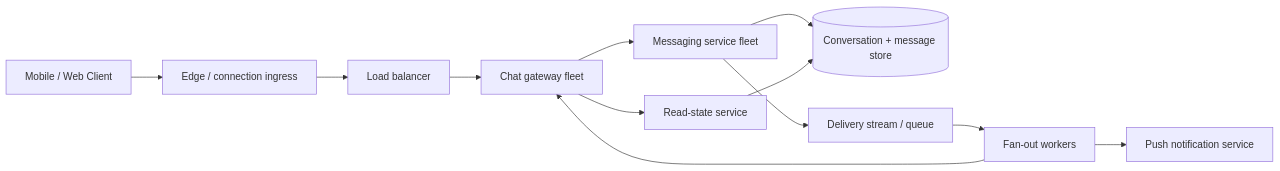
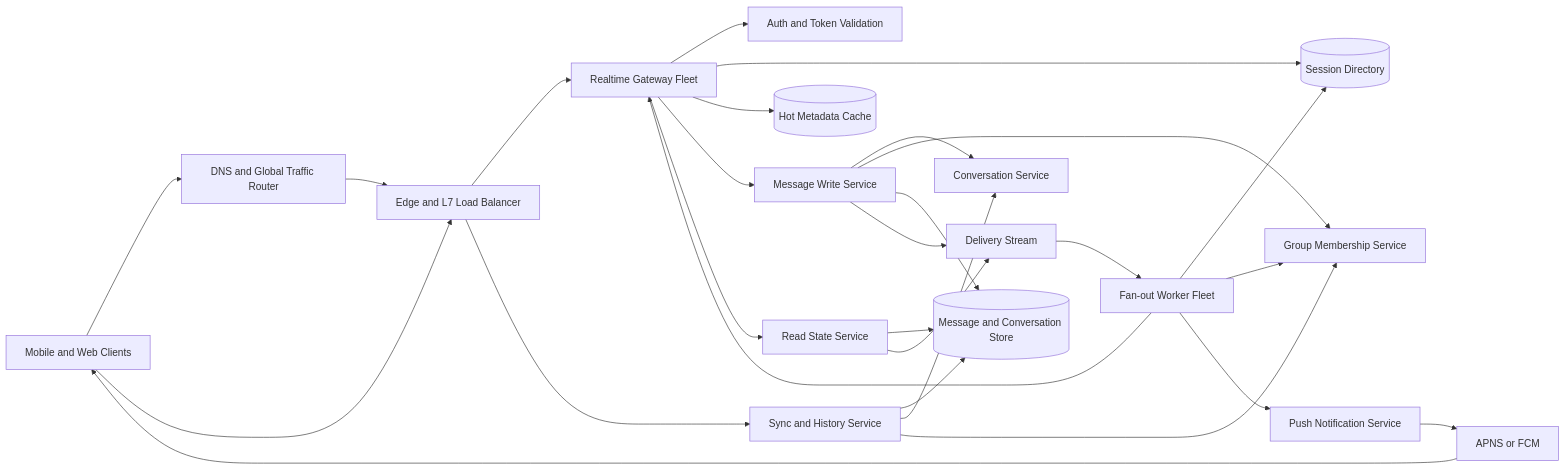
One commit to hitman-abhi/system-design-guide changed the fourth of 8 diagrams in Case-Studies/whatsapp-messenger/whatsAppMessenger.md. Above: the diagram before and after it, drawn with Mermaid. The commit also changed other lines of this file, not shown here.

````diff
--- a/Case-Studies/whatsapp-messenger/whatsAppMessenger.md
+++ b/Case-Studies/whatsapp-messenger/whatsAppMessenger.md
@@ -380,14 +476,53 @@
 ```mermaid
 flowchart LR
-    U[Mobile / Web Client] --> EDGE[Edge / connection ingress]
-    EDGE --> LB[Load balancer]
-    LB --> GW[Chat gateway fleet]
-    GW --> MSG[Messaging service fleet]
-    MSG --> STORE[(Conversation + message store)]
-    MSG --> STREAM[Delivery stream / queue]
-    STREAM --> FAN[Fan-out workers]
+    C[Mobile and Web Clients]
+    DNS[DNS and Global Traffic Router]
+    EDGE[Edge and L7 Load Balancer]
+    GW[Realtime Gateway Fleet]
+    AUTH[Auth and Token Validation]
+    SESS[(Session Directory)]
+    CACHE[(Hot Metadata Cache)]
+    CONV[Conversation Service]
+    MSG[Message Write Service]
+    GROUP[Group Membership Service]
+    READ[Read State Service]
+    SYNC[Sync and History Service]
+    STORE[(Message and Conversation Store)]
+    STREAM[Delivery Stream]
+    FAN[Fan-out Worker Fleet]
+    PUSH[Push Notification Service]
+    PROVIDER[APNS or FCM]
+
+    C --> DNS
+    DNS --> EDGE
+    EDGE --> GW
+    GW --> AUTH
+    GW --> SESS
+    GW --> CACHE
+
+    GW --> MSG
+    GW --> READ
+
+    C --> EDGE
+    EDGE --> SYNC
+
+    MSG --> CONV
+    MSG --> GROUP
+    MSG --> STORE
+    MSG --> STREAM
+
+    READ --> STORE
+    READ --> STREAM
+
+    SYNC --> STORE
+    SYNC --> CONV
+    SYNC --> GROUP
+
+    STREAM --> FAN
+    FAN --> SESS
+    FAN --> GROUP
     FAN --> GW
-    FAN --> PUSH[Push notification service]
-    GW --> READ[Read-state service]
-    READ --> STORE
+    FAN --> PUSH
+    PUSH --> PROVIDER
+    PROVIDER --> C
 ```
````
